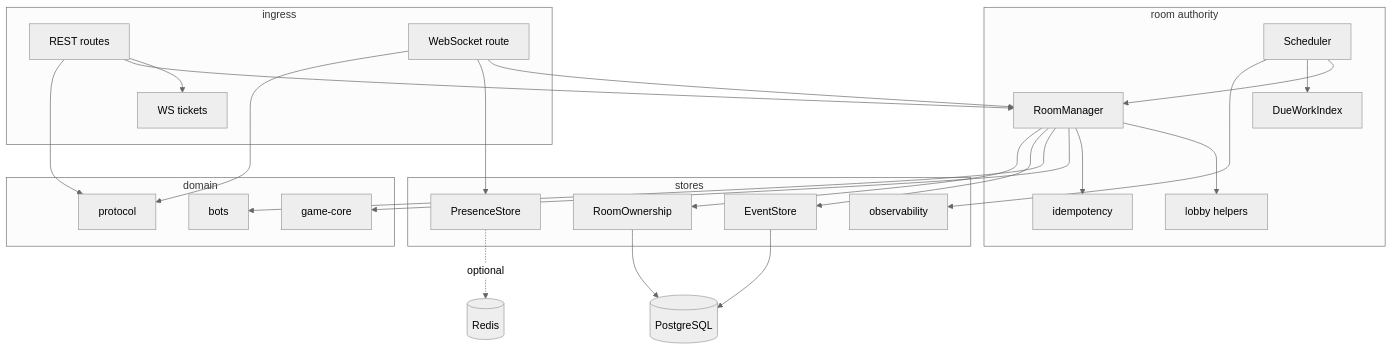
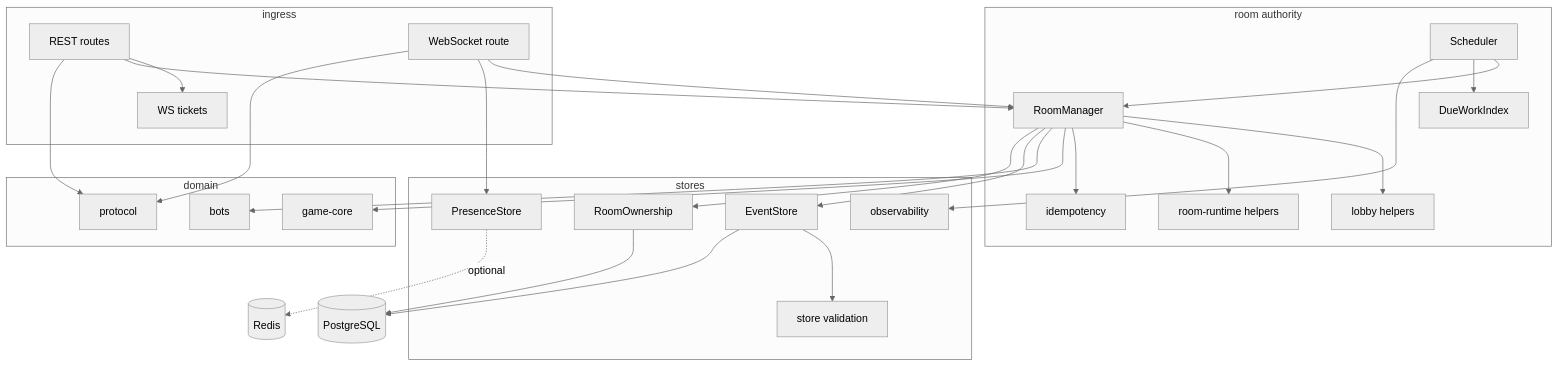
The third of 10 diagrams in docs/architecture.md (sahnsookyung/colonizt), drawn with Mermaid (neutral theme) before and after one commit. The commit also changed other lines of this file and 16 other files, not shown here.

Commit message:
Harden room projection and runtime validation

````diff
--- a/docs/architecture.md
+++ b/docs/architecture.md
@@ -132,53 +135,57 @@
 ```mermaid
 flowchart TB
   subgraph ingress["ingress"]
     rest["REST routes"]
     ws["WebSocket route"]
     tickets["WS tickets"]
   end
 
   subgraph authority["room authority"]
     manager["RoomManager"]
     lobby["lobby helpers"]
+    runtime["room-runtime helpers"]
     scheduler["Scheduler"]
     due["DueWorkIndex"]
     security["idempotency"]
   end
 
   subgraph domainServer["domain"]
     core["game-core"]
     bots["bots"]
     protocol["protocol"]
   end
 
   subgraph stores["stores"]
     events["EventStore"]
+    storeValidation["store validation"]
     presence["PresenceStore"]
     leases["RoomOwnership"]
     metrics["observability"]
   end
 
   postgres[("PostgreSQL")]
   redis[("Redis")]
 
   rest --> tickets
   rest --> manager
   ws --> manager
   ws --> presence
   rest --> protocol
   ws --> protocol
 
   manager --> lobby
+  manager --> runtime
   manager --> security
   manager --> core
   manager --> bots
   manager --> events
+  events --> storeValidation
   manager --> leases
   scheduler --> manager
   scheduler --> due
   scheduler --> metrics
 
   events --> postgres
   leases --> postgres
   presence -. optional .-> redis
 ```
````
